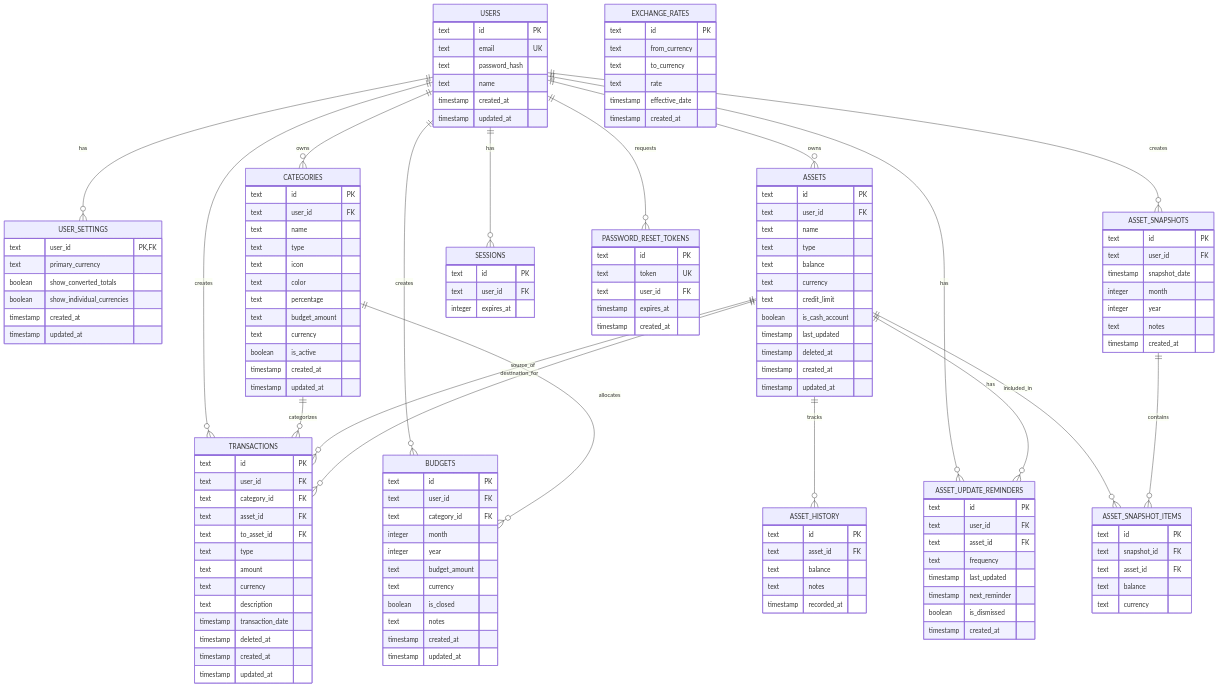
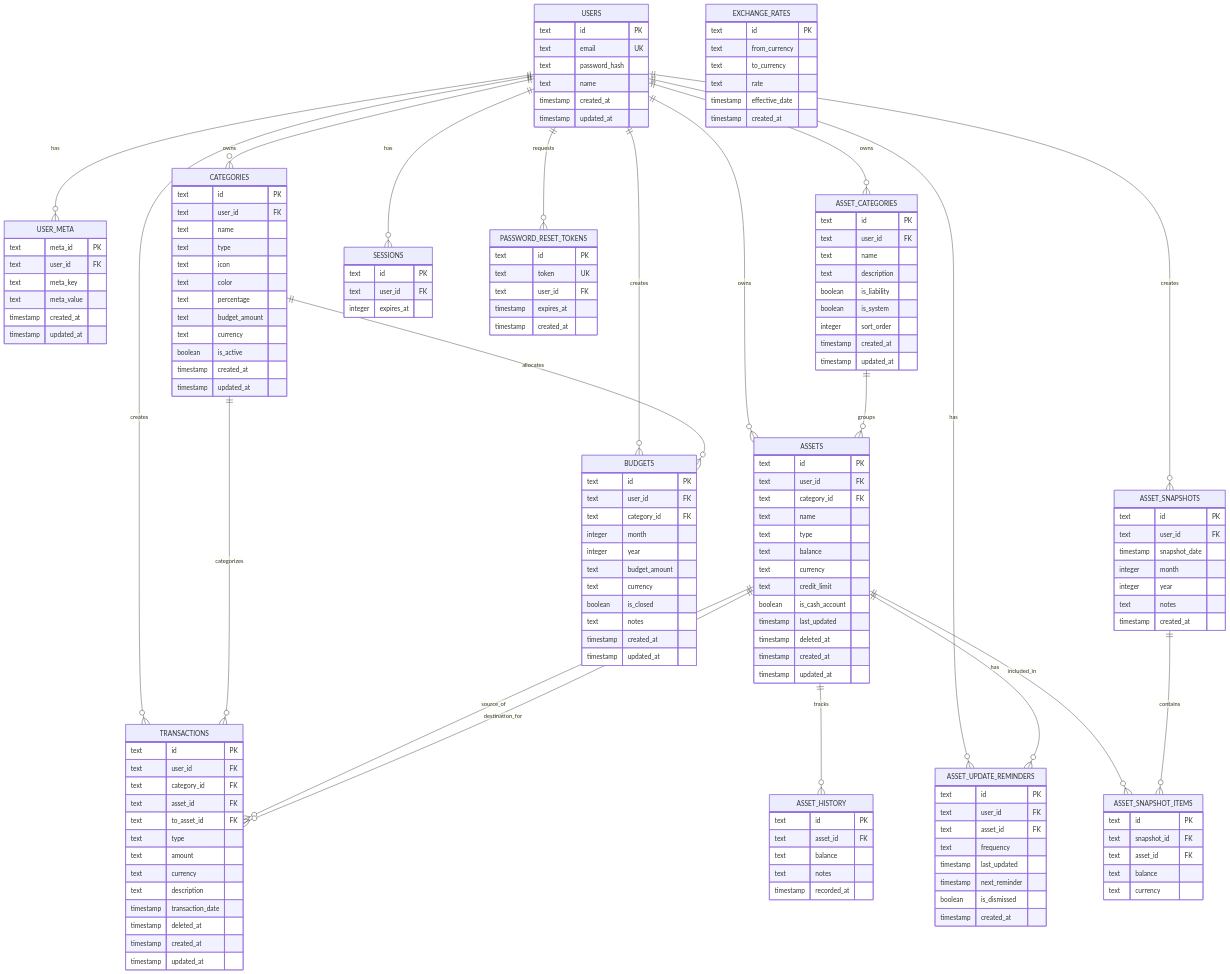
One commit to ivankristianto/allowealth changed the diagram in docs/architecture/004-database-schema.md. Above: the diagram before and after it, drawn with Mermaid. The commit also changed other lines of this file, not shown here.

First line of the commit message:
docs(schema): update database schema docs for user_meta and asset_categories

````diff
--- a/docs/architecture/004-database-schema.md
+++ b/docs/architecture/004-database-schema.md
@@ -77,7 +80,8 @@
 ```mermaid
 erDiagram
-    USERS ||--o{ USER_SETTINGS : "has"
+    USERS ||--o{ USER_META : "has"
     USERS ||--o{ CATEGORIES : "owns"
+    USERS ||--o{ ASSET_CATEGORIES : "owns"
     USERS ||--o{ TRANSACTIONS : "creates"
     USERS ||--o{ ASSETS : "owns"
     USERS ||--o{ ASSET_UPDATE_REMINDERS : "has"
@@ -88,6 +92,8 @@
 
     CATEGORIES ||--o{ TRANSACTIONS : "categorizes"
     CATEGORIES ||--o{ BUDGETS : "allocates"
+
+    ASSET_CATEGORIES ||--o{ ASSETS : "groups"
 
     ASSETS ||--o{ TRANSACTIONS : "source_of"
     ASSETS ||--o{ TRANSACTIONS : "destination_for"
@@ -106,11 +112,11 @@
         timestamp updated_at
     }
 
-    USER_SETTINGS {
-        text user_id PK,FK
-        text primary_currency
-        boolean show_converted_totals
-        boolean show_individual_currencies
+    USER_META {
+        text meta_id PK
+        text user_id FK
+        text meta_key
+        text meta_value
         timestamp created_at
         timestamp updated_at
     }
@@ -140,6 +146,18 @@
         text budget_amount
         text currency
         boolean is_active
+        timestamp created_at
+        timestamp updated_at
+    }
+
+    ASSET_CATEGORIES {
+        text id PK
+        text user_id FK
+        text name
+        text description
+        boolean is_liability
+        boolean is_system
+        integer sort_order
         timestamp created_at
         timestamp updated_at
     }
@@ -177,6 +195,7 @@
     ASSETS {
         text id PK
         text user_id FK
+        text category_id FK
         text name
         text type
         text balance
````
